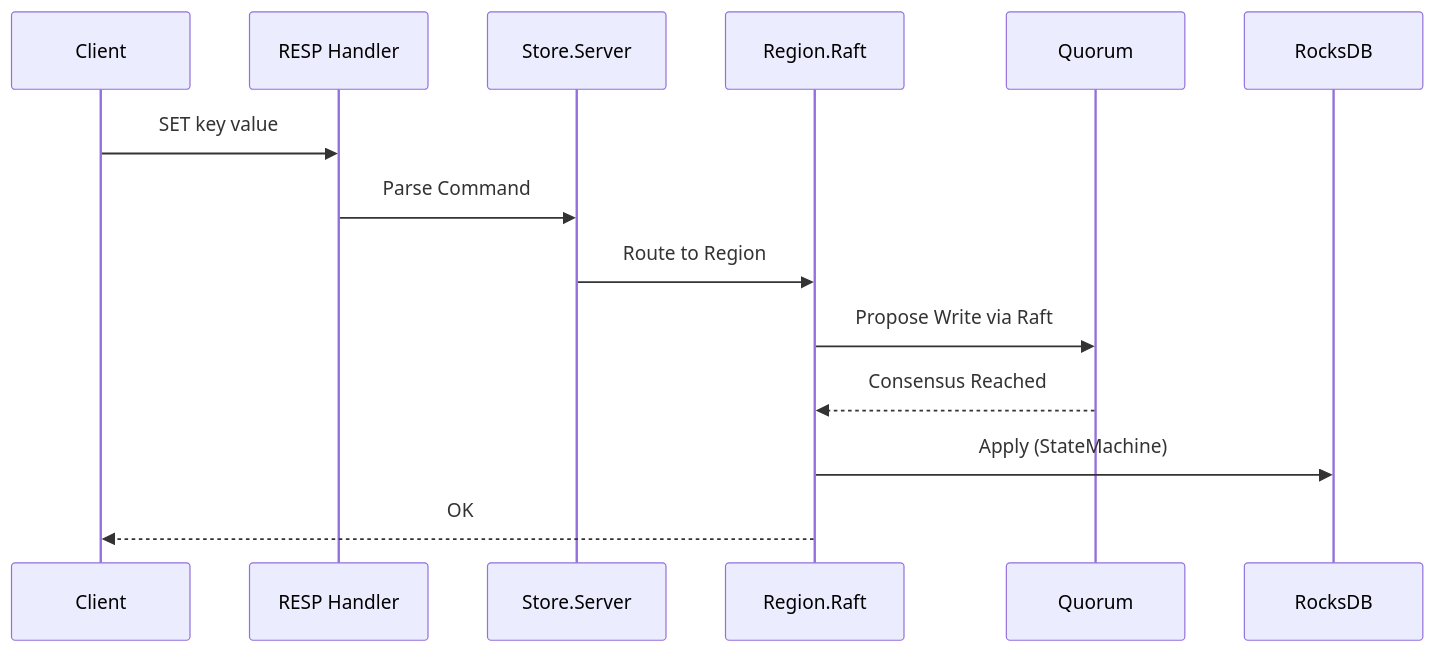
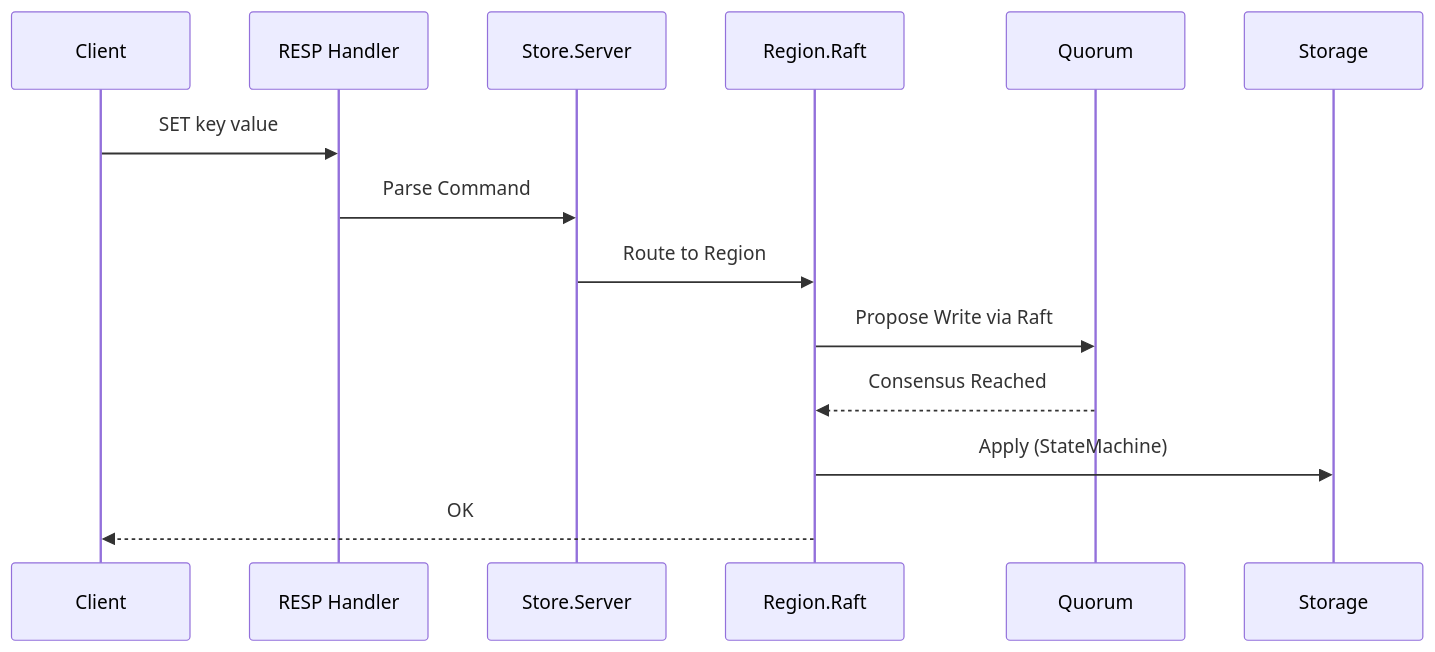
One commit to spiredb/spiredb.github.io changed the second of 4 diagrams in docs/architecture.md. Above: the diagram before and after it, drawn with Mermaid. The commit also changed other lines of this file and 8 other files, not shown here.

````diff
--- a/docs/architecture.md
+++ b/docs/architecture.md
@@ -97,17 +97,17 @@
 ```mermaid
 sequenceDiagram
     participant C as Client
     participant RESP as RESP Handler
     participant S as Store.Server
     participant R as Region.Raft
     participant Q as Quorum
-    participant DB as RocksDB
+    participant DB as Storage
 
     C->>RESP: SET key value
     RESP->>S: Parse Command
     S->>R: Route to Region
     R->>Q: Propose Write via Raft
     Q-->>R: Consensus Reached
     R->>DB: Apply (StateMachine)
     R-->>C: OK
 ```
````
